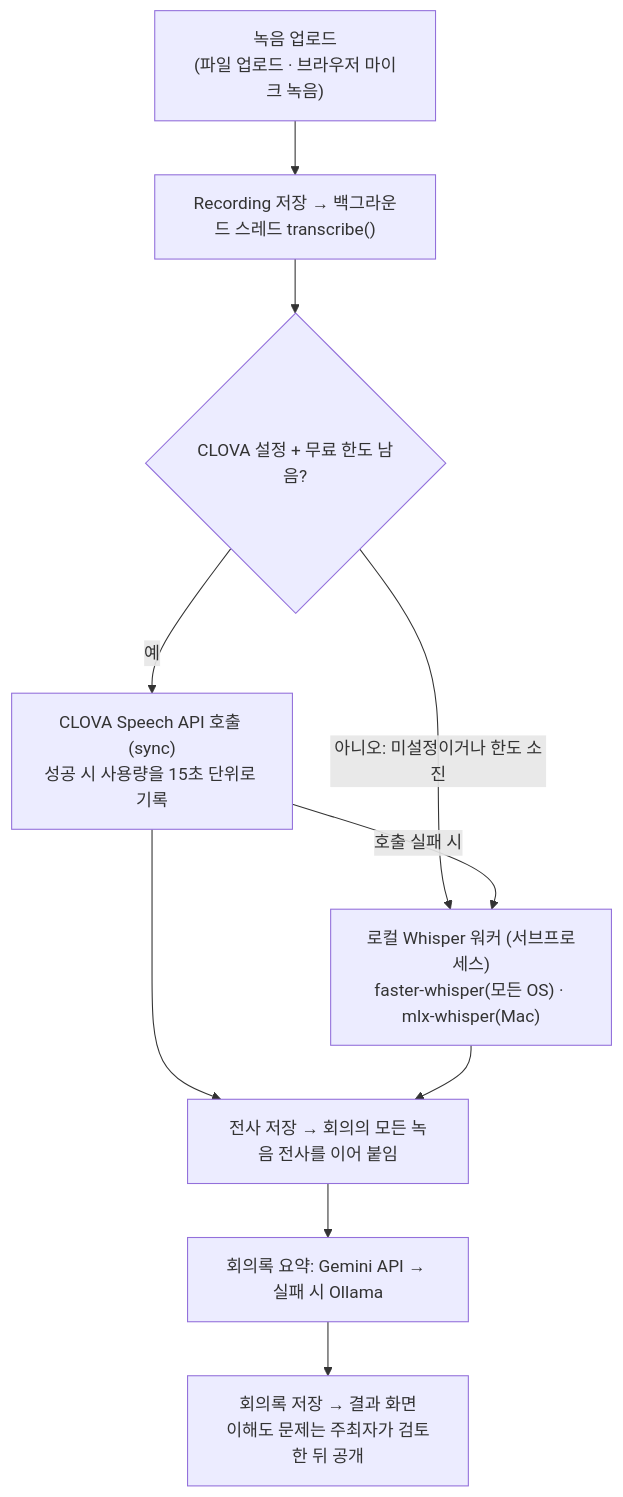
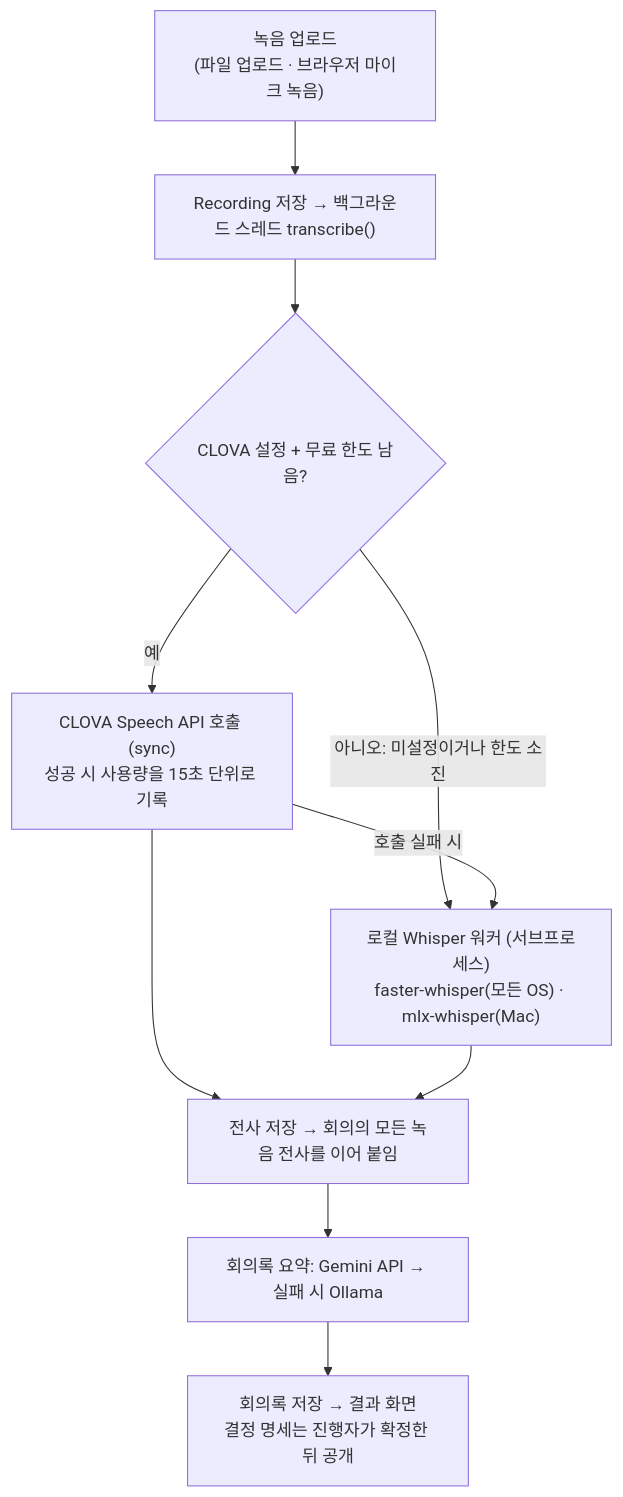
One commit to Yun-seoung/AdvancedProjectLab-04 changed the diagram in docs/소프트웨어_사양서_간략판.md. Above: the diagram before and after it, drawn with Mermaid. The commit also changed other lines of this file and 6 other files, not shown here.

````diff
--- a/docs/소프트웨어_사양서_간략판.md
+++ b/docs/소프트웨어_사양서_간략판.md
@@ -29,12 +29,12 @@
 ```mermaid
 flowchart TD
     A["녹음 업로드<br/>(파일 업로드 · 브라우저 마이크 녹음)"] --> B["Recording 저장 → 백그라운드 스레드 transcribe()"]
     B --> C{"CLOVA 설정 + 무료 한도 남음?"}
     C -->|예| D["CLOVA Speech API 호출 (sync)<br/>성공 시 사용량을 15초 단위로 기록"]
     C -->|아니오: 미설정이거나 한도 소진| E["로컬 Whisper 워커 (서브프로세스)<br/>faster-whisper(모든 OS) · mlx-whisper(Mac)"]
     D -->|호출 실패 시| E
     D --> F["전사 저장 → 회의의 모든 녹음 전사를 이어 붙임"]
     E --> F
     F --> G["회의록 요약: Gemini API → 실패 시 Ollama"]
-    G --> H["회의록 저장 → 결과 화면<br/>이해도 문제는 주최자가 검토한 뒤 공개"]
+    G --> H["회의록 저장 → 결과 화면<br/>결정 명세는 진행자가 확정한 뒤 공개"]
 ```
````
